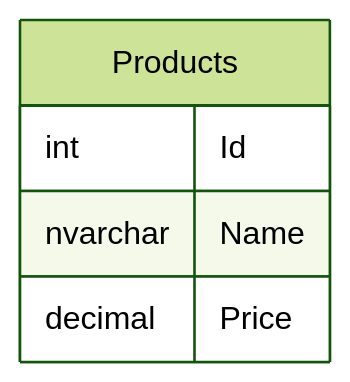
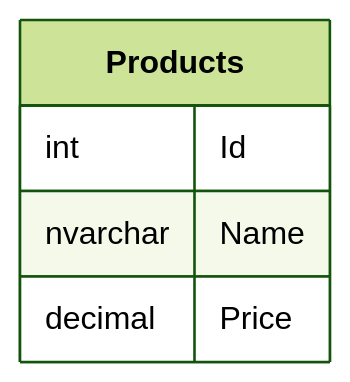
The diagram in src/SqlServerToMermaidTool.Tests/IntegrationTests.SqlFile_ToMarkdown.verified.md (SimonCropp/DbToMermaid), drawn with Mermaid (forest theme) before and after one commit. The commit also changed 13 other files, not shown here.

````diff
--- a/src/SqlServerToMermaidTool.Tests/IntegrationTests.SqlFile_ToMarkdown.verified.md
+++ b/src/SqlServerToMermaidTool.Tests/IntegrationTests.SqlFile_ToMarkdown.verified.md
@@ -1,8 +1,8 @@
 ```mermaid
 erDiagram
-  Products {
+  Products["**Products**"] {
     int Id
     nvarchar Name
     decimal Price
   }
 ```
````
